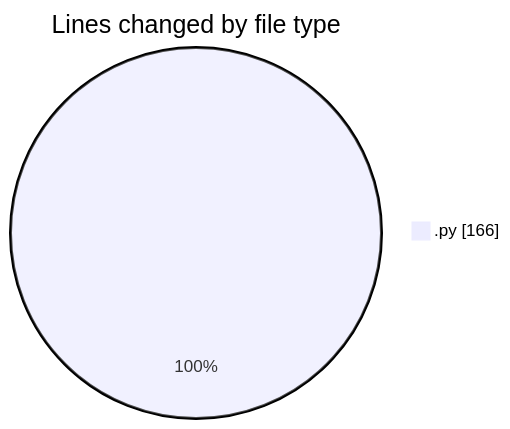
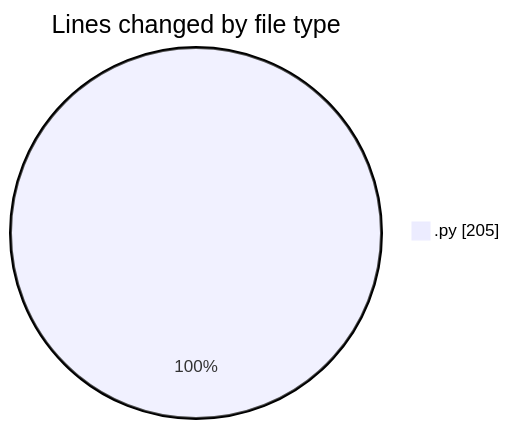
One commit to MatusMokan/code-tracking changed the first of 2 diagrams in 2025-02-26/myws__workspace_/README.md. Above: the diagram before and after it, drawn with Mermaid. The commit also changed other lines of this file and 1 other file, not shown here.

````diff
--- a/2025-02-26/myws__workspace_/README.md
+++ b/2025-02-26/myws__workspace_/README.md
@@ -20,5 +20,5 @@
 ```mermaid
 pie showData
 title Lines changed by file type
-".py" : 166
+".py" : 205
 ```
````
